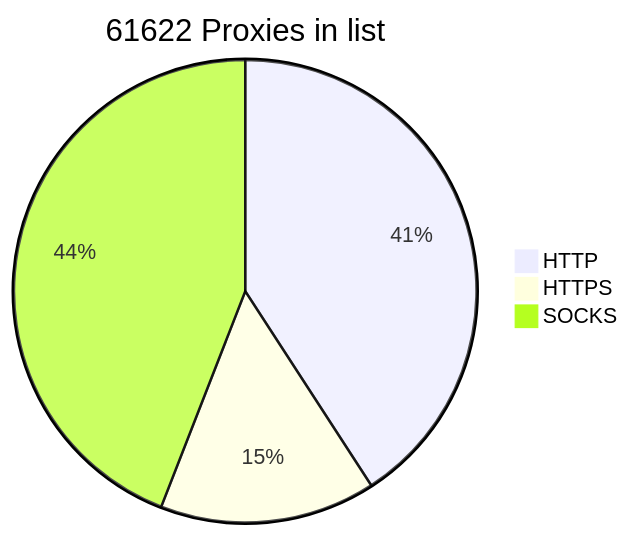
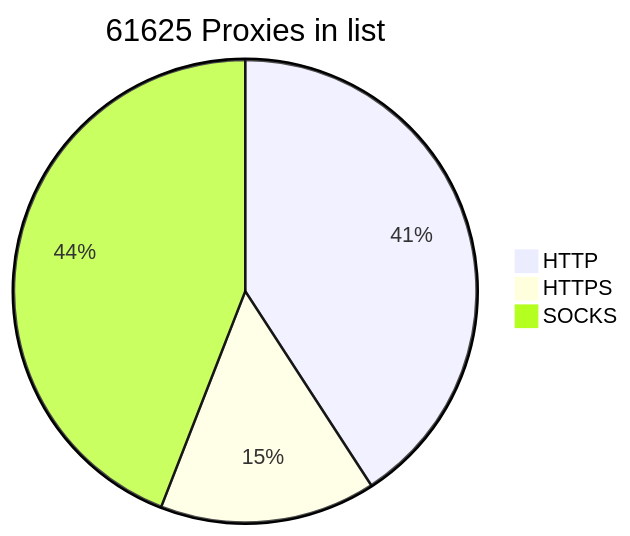
The diagram in README.md (BlackSnowDot/proxylist-update-every-minute), drawn with Mermaid before and after one commit.

````diff
--- a/README.md
+++ b/README.md
@@ -2,6 +2,6 @@
 ```mermaid
-pie title 61622 Proxies in list
+pie title 61625 Proxies in list
     "HTTP" : 28561
-    "HTTPS": 10547
-    "SOCKS" : 30829
+    "HTTPS": 10549
+    "SOCKS" : 30832
 ```
````
